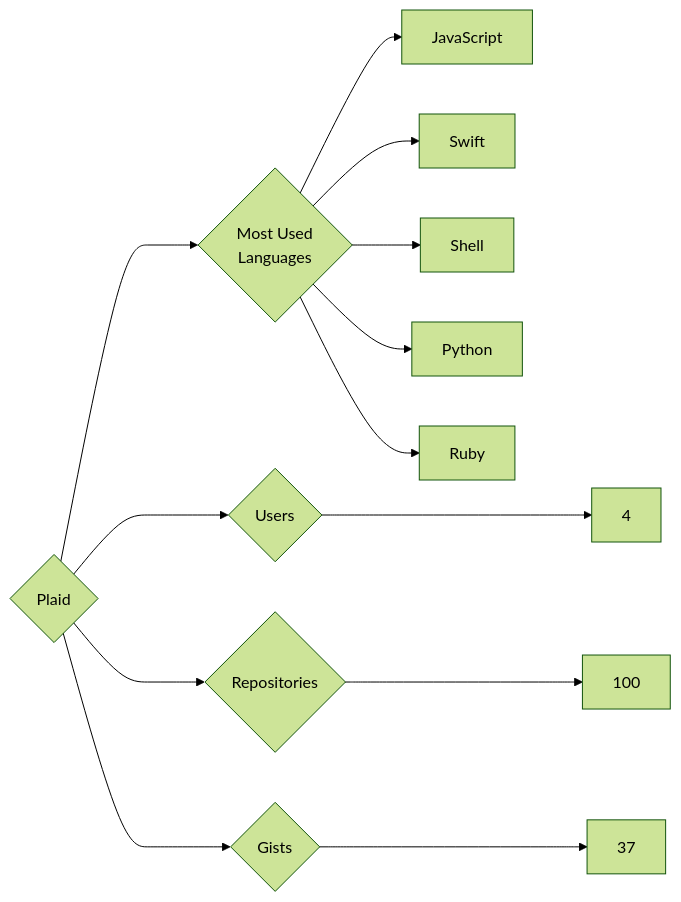
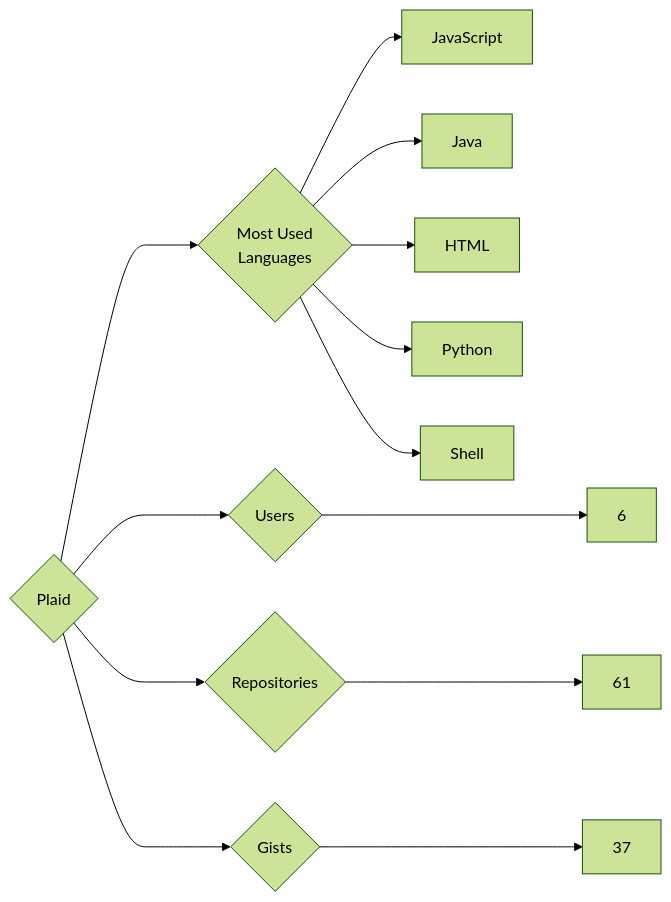
One commit to trickest/insiders changed the diagram in targets/Plaid/README.md. Above: the diagram before and after it, drawn with Mermaid (forest theme). The commit also changed 715 other files, not shown here.

````diff
--- a/targets/Plaid/README.md
+++ b/targets/Plaid/README.md
@@ -3,13 +3,13 @@
 ```mermaid
 graph LR
 COMPANY_NAME{Plaid}
-COMPANY_NAME ---> U{Users} ---> UN[4]
-COMPANY_NAME ---> R{Repositories} ---> RN[100]
+COMPANY_NAME ---> U{Users} ---> UN[6]
+COMPANY_NAME ---> R{Repositories} ---> RN[61]
 COMPANY_NAME ---> G{Gists} ---> GN[37]
 COMPANY_NAME ---> ML{Most Used<br>Languages}
 ML --> JavaScript[JavaScript]
-ML --> Swift[Swift]
+ML --> Java[Java]
+ML --> HTML[HTML]
+ML --> Python[Python]
 ML --> Shell[Shell]
-ML --> Python[Python]
-ML --> Ruby[Ruby]
 ```
````
